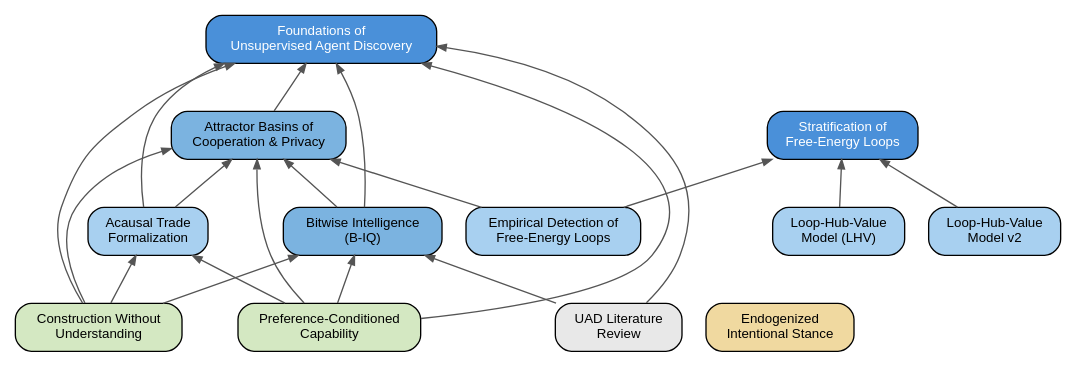
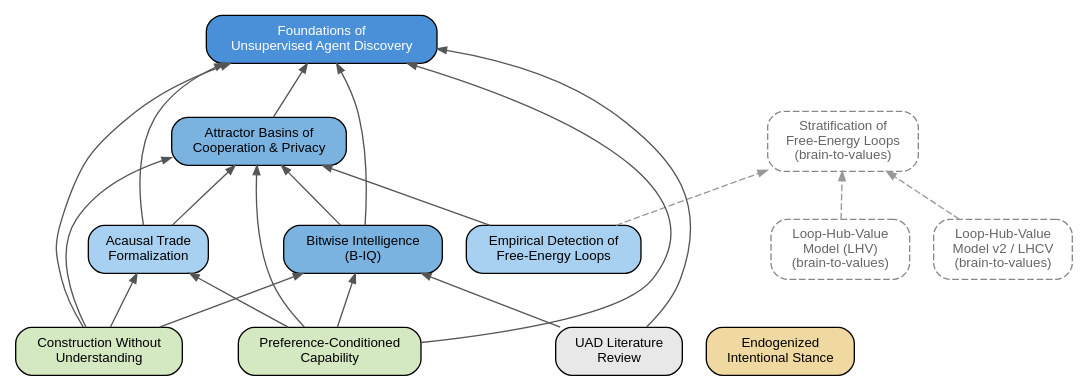
The diagram in docs/papers/paper-dependencies.dot (GunnarZarncke/agency-detect), drawn with Graphviz before and after one commit. The commit also changed 11 other files, not shown here.

First line of the commit message:
Remove loop-hub-value and free-energy-loops papers (now in brain-to-values)

```diff
--- a/docs/papers/paper-dependencies.dot
+++ b/docs/papers/paper-dependencies.dot
@@ -1,53 +1,55 @@
 digraph paper_dependencies {
     rankdir=BT;
     fontname="Helvetica";
     node [shape=box, style="rounded,filled", fontname="Helvetica", fontsize=10, margin="0.15,0.08"];
     edge [color="#555555", arrowsize=0.7];
 
     // Foundation papers
     UAD  [label="Foundations of\nUnsupervised Agent Discovery", fillcolor="#4A90D9", fontcolor="white"];
-    FEL  [label="Stratification of\nFree-Energy Loops", fillcolor="#4A90D9", fontcolor="white"];
 
     // Second-tier papers (build directly on foundations)
     ABC  [label="Attractor Basins of\nCooperation & Privacy", fillcolor="#7BB3E0"];
     BIQ  [label="Bitwise Intelligence\n(B-IQ)", fillcolor="#7BB3E0"];
 
     // Third-tier papers
     ACT  [label="Acausal Trade\nFormalization", fillcolor="#A8D0F0"];
     APP  [label="Empirical Detection of\nFree-Energy Loops", fillcolor="#A8D0F0"];
-    LHV  [label="Loop-Hub-Value\nModel (LHV)", fillcolor="#A8D0F0"];
-    LHV2 [label="Loop-Hub-Value\nModel v2", fillcolor="#A8D0F0"];
 
     // Extension / integrative papers
     PCC  [label="Preference-Conditioned\nCapability", fillcolor="#D4E8C2"];
     CWU  [label="Construction Without\nUnderstanding", fillcolor="#D4E8C2"];
     LIT  [label="UAD Literature\nReview", fillcolor="#E8E8E8"];
     EIS  [label="Endogenized\nIntentional Stance", fillcolor="#F0D9A0"];
+
+    // Papers in brain-to-values repo (dashed border)
+    FEL  [label="Stratification of\nFree-Energy Loops\n(brain-to-values)", fillcolor="white", style="rounded,dashed", color="#888888", fontcolor="#666666"];
+    LHV  [label="Loop-Hub-Value\nModel (LHV)\n(brain-to-values)", fillcolor="white", style="rounded,dashed", color="#888888", fontcolor="#666666"];
+    LHV2 [label="Loop-Hub-Value\nModel v2 / LHCV\n(brain-to-values)", fillcolor="white", style="rounded,dashed", color="#888888", fontcolor="#666666"];
 
     // Edges: citing paper → cited paper
     ABC -> UAD;
     BIQ -> UAD;
     BIQ -> ABC;
 
     ACT -> UAD;
     ACT -> ABC;
 
-    APP -> FEL;
+    APP -> FEL [style=dashed, color="#999999"];
     APP -> ABC;
 
-    LHV  -> FEL;
-    LHV2 -> FEL;
+    LHV  -> FEL [style=dashed, color="#999999"];
+    LHV2 -> FEL [style=dashed, color="#999999"];
 
     LIT -> UAD;
     LIT -> BIQ;
 
     PCC -> UAD;
     PCC -> BIQ;
     PCC -> ABC;
     PCC -> ACT;
 
     CWU -> UAD;
     CWU -> BIQ;
     CWU -> ABC;
     CWU -> ACT;
 }
```
